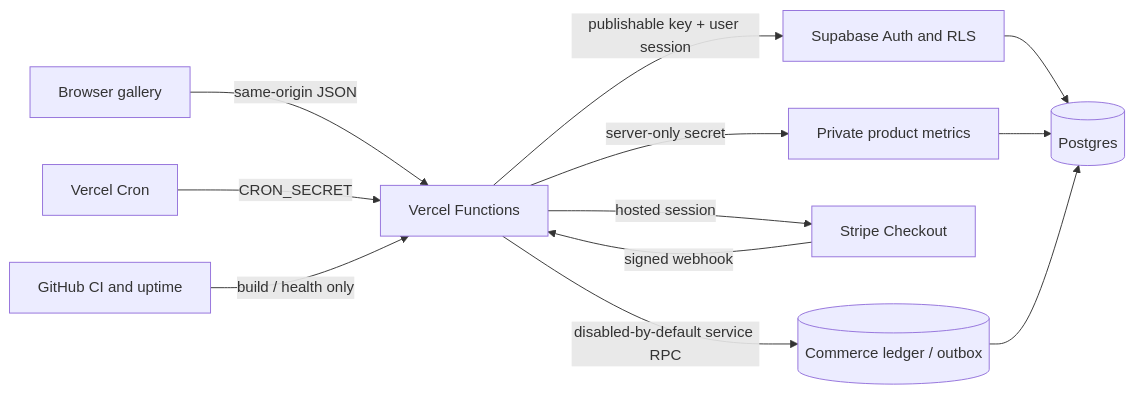
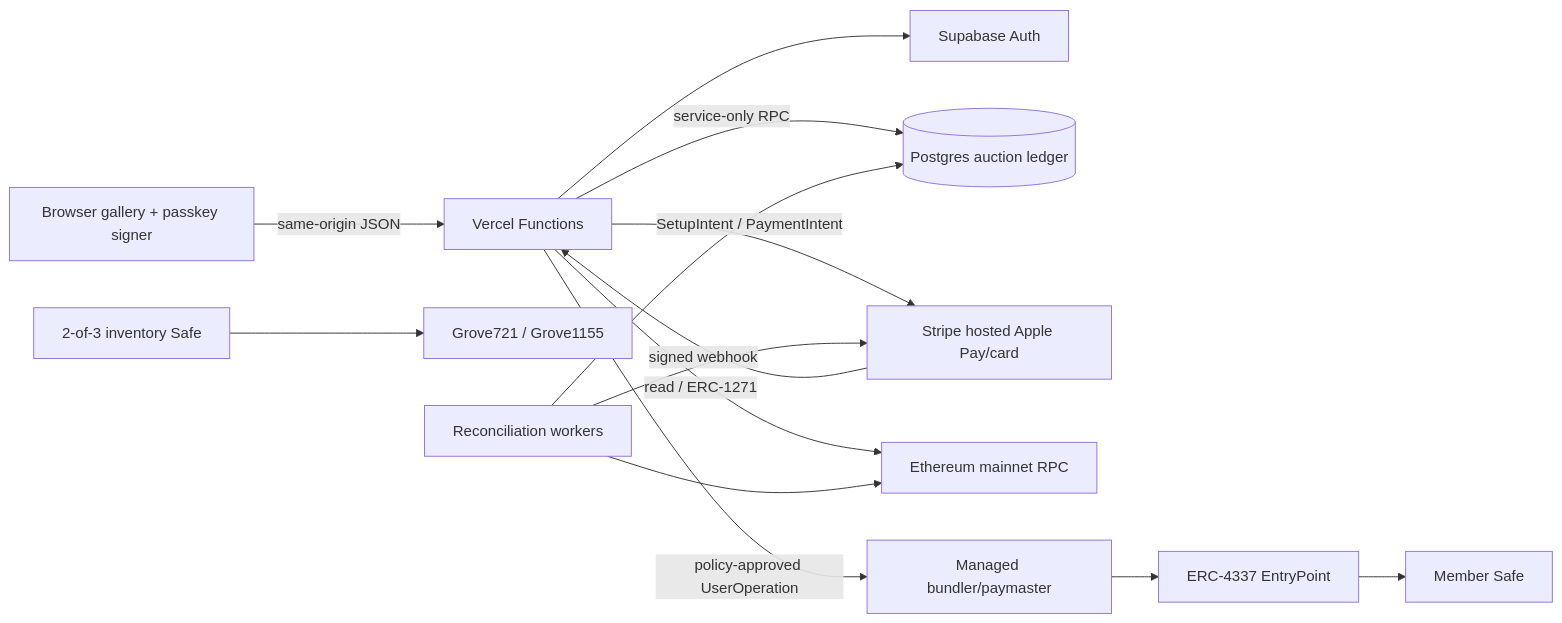
Before and after one commit to Greenpoint-Compute-Cooperative/the-old-school-website: the diagram in docs/ARCHITECTURE.md, drawn with Mermaid. The commit also changed other lines of this file and 42 other files, not shown here.

Commit message:
Add Ethereum gasless auction foundation

````diff
--- a/docs/ARCHITECTURE.md
+++ b/docs/ARCHITECTURE.md
@@ -5,14 +5,16 @@
 ```mermaid
 flowchart LR
-  B[Browser gallery] -->|same-origin JSON| V[Vercel Functions]
-  V -->|publishable key + user session| A[Supabase Auth and RLS]
-  V -->|server-only secret| M[Private product metrics]
-  A --> D[(Postgres)]
-  M --> D
-  V -->|hosted session| S[Stripe Checkout]
+  B[Browser gallery + passkey signer] -->|same-origin JSON| V[Vercel Functions]
+  V --> A[Supabase Auth]
+  V -->|service-only RPC| D[(Postgres auction ledger)]
+  V -->|SetupIntent / PaymentIntent| S[Stripe hosted Apple Pay/card]
   S -->|signed webhook| V
-  V -->|disabled-by-default service RPC| Q[(Commerce ledger / outbox)]
-  Q --> D
-  C[Vercel Cron] -->|CRON_SECRET| V
-  G[GitHub CI and uptime] -->|build / health only| V
+  V -->|read / ERC-1271| E[Ethereum mainnet RPC]
+  V -->|policy-approved UserOperation| P[Managed bundler/paymaster]
+  P --> EP[ERC-4337 EntryPoint]
+  EP --> U[Member Safe]
+  I[2-of-3 inventory Safe] --> N[Grove721 / Grove1155]
+  C[Reconciliation workers] --> D
+  C --> S
+  C --> E
 ```
````
